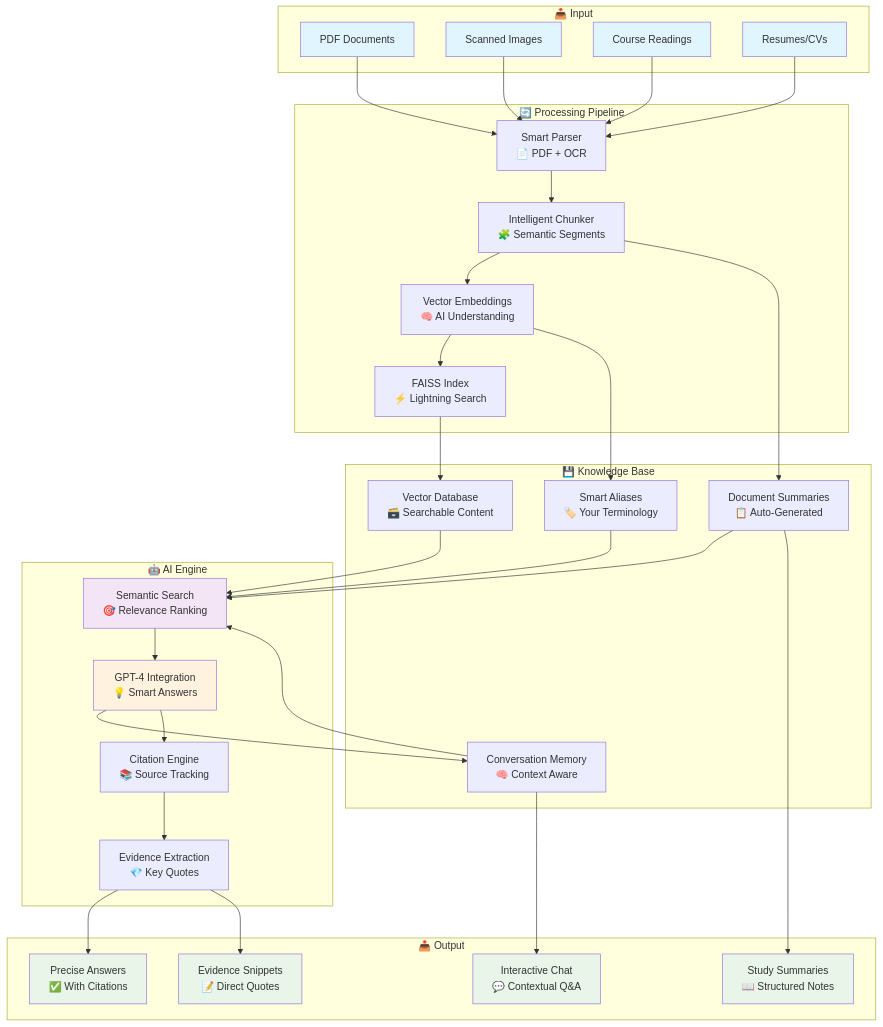
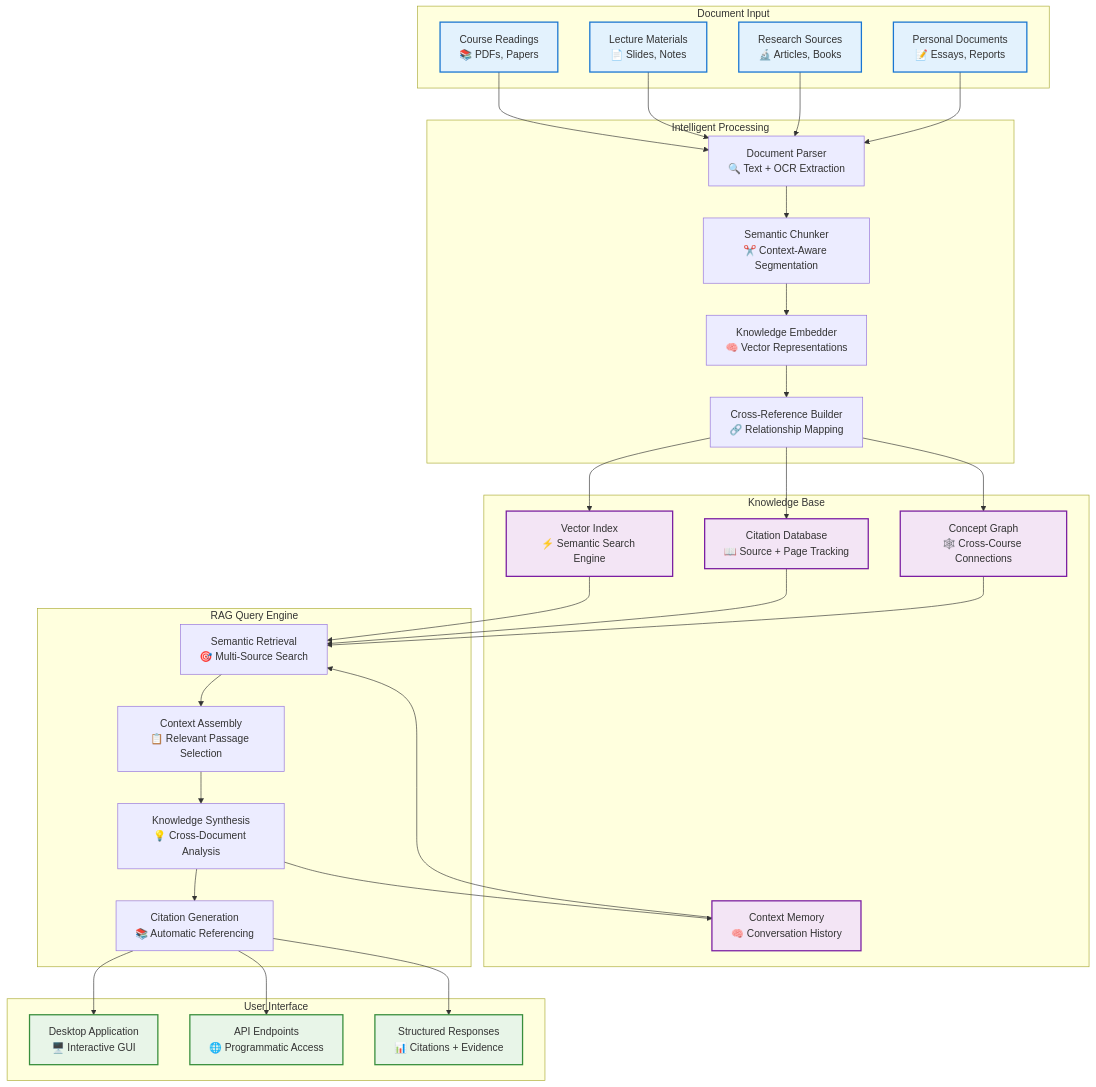
One commit to Duncanyu/anagnosis changed the diagram in README.md. Above: the diagram before and after it, drawn with Mermaid. The commit also changed other lines of this file, not shown here.

````diff
--- a/README.md
+++ b/README.md
@@ -26,76 +31,77 @@
 ```mermaid
 graph TB
-    subgraph "📥 Input"
-        A[PDF Documents]
-        B[Scanned Images]
-        C[Course Readings]
-        D[Resumes/CVs]
+    subgraph "Document Input"
+        A[Course Readings<br/>📚 PDFs, Papers]
+        B[Lecture Materials<br/>📄 Slides, Notes]  
+        C[Research Sources<br/>🔬 Articles, Books]
+        D[Personal Documents<br/>📝 Essays, Reports]
     end
     
-    subgraph "🔄 Processing Pipeline"
-        E[Smart Parser<br/>📄 PDF + OCR]
-        F[Intelligent Chunker<br/>🧩 Semantic Segments]
-        G[Vector Embeddings<br/>🧠 AI Understanding]
-        H[FAISS Index<br/>⚡ Lightning Search]
+    subgraph "Intelligent Processing"
+        E[Document Parser<br/>🔍 Text + OCR Extraction]
+        F[Semantic Chunker<br/>✂️ Context-Aware Segmentation]
+        G[Knowledge Embedder<br/>🧠 Vector Representations]
+        H[Cross-Reference Builder<br/>🔗 Relationship Mapping]
     end
     
-    subgraph "💾 Knowledge Base"
-        I[Vector Database<br/>🗃️ Searchable Content]
-        J[Document Summaries<br/>📋 Auto-Generated]
-        K[Conversation Memory<br/>🧠 Context Aware]
-        L[Smart Aliases<br/>🏷️ Your Terminology]
+    subgraph "Knowledge Base"
+        I[Vector Index<br/>⚡ Semantic Search Engine]
+        J[Citation Database<br/>📖 Source + Page Tracking]
+        K[Context Memory<br/>🧠 Conversation History]
+        L[Concept Graph<br/>🕸️ Cross-Course Connections]
     end
     
-    subgraph "🤖 AI Engine"
-        M[Semantic Search<br/>🎯 Relevance Ranking]
-        N[GPT-4 Integration<br/>💡 Smart Answers]
-        O[Citation Engine<br/>📚 Source Tracking]
-        P[Evidence Extraction<br/>💎 Key Quotes]
+    subgraph "RAG Query Engine"
+        M[Semantic Retrieval<br/>🎯 Multi-Source Search]
+        N[Context Assembly<br/>📋 Relevant Passage Selection]
+        O[Knowledge Synthesis<br/>💡 Cross-Document Analysis]
+        P[Citation Generation<br/>📚 Automatic Referencing]
     end
     
-    subgraph "📤 Output"
-        Q[Precise Answers<br/>✅ With Citations]
-        R[Evidence Snippets<br/>📝 Direct Quotes]
-        S[Study Summaries<br/>📖 Structured Notes]
-        T[Interactive Chat<br/>💬 Contextual Q&A]
+    subgraph "User Interface"
+        Q[Desktop Application<br/>🖥️ Interactive GUI]
+        R[API Endpoints<br/>🌐 Programmatic Access]
+        S[Structured Responses<br/>📊 Citations + Evidence]
     end
     
     A --> E
     B --> E
     C --> E
     D --> E
     
     E --> F
     F --> G
     G --> H
     
     H --> I
-    F --> J
-    N --> K
-    G --> L
+    H --> J
+    O --> K
+    H --> L
     
     I --> M
     J --> M
     K --> M
     L --> M
     
     M --> N
     N --> O
     O --> P
     
     P --> Q
     P --> R
-    J --> S
-    K --> T
+    P --> S
     
-    style A fill:#e1f5fe
-    style B fill:#e1f5fe
-    style C fill:#e1f5fe
-    style D fill:#e1f5fe
-    style Q fill:#e8f5e8
-    style R fill:#e8f5e8
-    style S fill:#e8f5e8
-    style T fill:#e8f5e8
-    style N fill:#fff3e0
-    style M fill:#f3e5f5
+    style A fill:#e3f2fd,stroke:#1976d2,stroke-width:2px
+    style B fill:#e3f2fd,stroke:#1976d2,stroke-width:2px
+    style C fill:#e3f2fd,stroke:#1976d2,stroke-width:2px
+    style D fill:#e3f2fd,stroke:#1976d2,stroke-width:2px
+    
+    style I fill:#f3e5f5,stroke:#7b1fa2,stroke-width:2px
+    style J fill:#f3e5f5,stroke:#7b1fa2,stroke-width:2px
+    style K fill:#f3e5f5,stroke:#7b1fa2,stroke-width:2px
+    style L fill:#f3e5f5,stroke:#7b1fa2,stroke-width:2px
+    
+    style Q fill:#e8f5e8,stroke:#388e3c,stroke-width:2px
+    style R fill:#e8f5e8,stroke:#388e3c,stroke-width:2px
+    style S fill:#e8f5e8,stroke:#388e3c,stroke-width:2px
 ```
````
